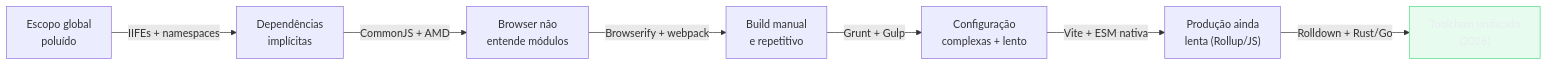
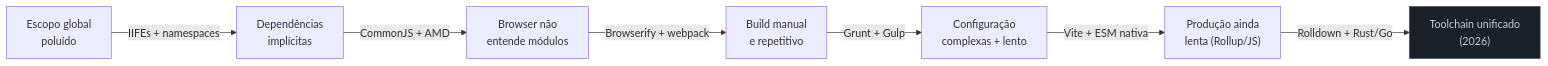
Before and after one commit to josenaldo/codex-technomanticus: the seventh of 7 diagrams in 03-Dominios/Tecnologia/Tooling e Build/02 - A evolução do tooling JS - de script ao bundler moderno.md, drawn with Mermaid. The commit also changed 601 other files, not shown here.

````diff
--- a/03-Dominios/Tecnologia/Tooling e Build/02 - A evolução do tooling JS - de script ao bundler moderno.md
+++ b/03-Dominios/Tecnologia/Tooling e Build/02 - A evolução do tooling JS - de script ao bundler moderno.md
@@ -603,13 +603,13 @@
 ```mermaid
 flowchart LR
-    classDef ok fill:#4ADE8021,stroke:#4ADE80,color:#E9ECF2
+    classDef neutro fill:#1B2029,stroke:#4E5666,color:#C6CCD8
     P1["Escopo global\npoluído"] -->|"IIFEs + namespaces"| P2
     P2["Dependências\nimplícitas"] -->|"CommonJS + AMD"| P3
     P3["Browser não\nentende módulos"] -->|"Browserify + webpack"| P4
     P4["Build manual\ne repetitivo"] -->|"Grunt + Gulp"| P5
     P5["Configuração\ncomplexas + lento"] -->|"Vite + ESM nativa"| P6
     P6["Produção ainda\nlenta (Rollup/JS)"] -->|"Rolldown + Rust/Go"| P7
     P7["Toolchain unificado\n(2026)"]
 
-    class P7 ok
+    class P7 neutro
 ```
````
